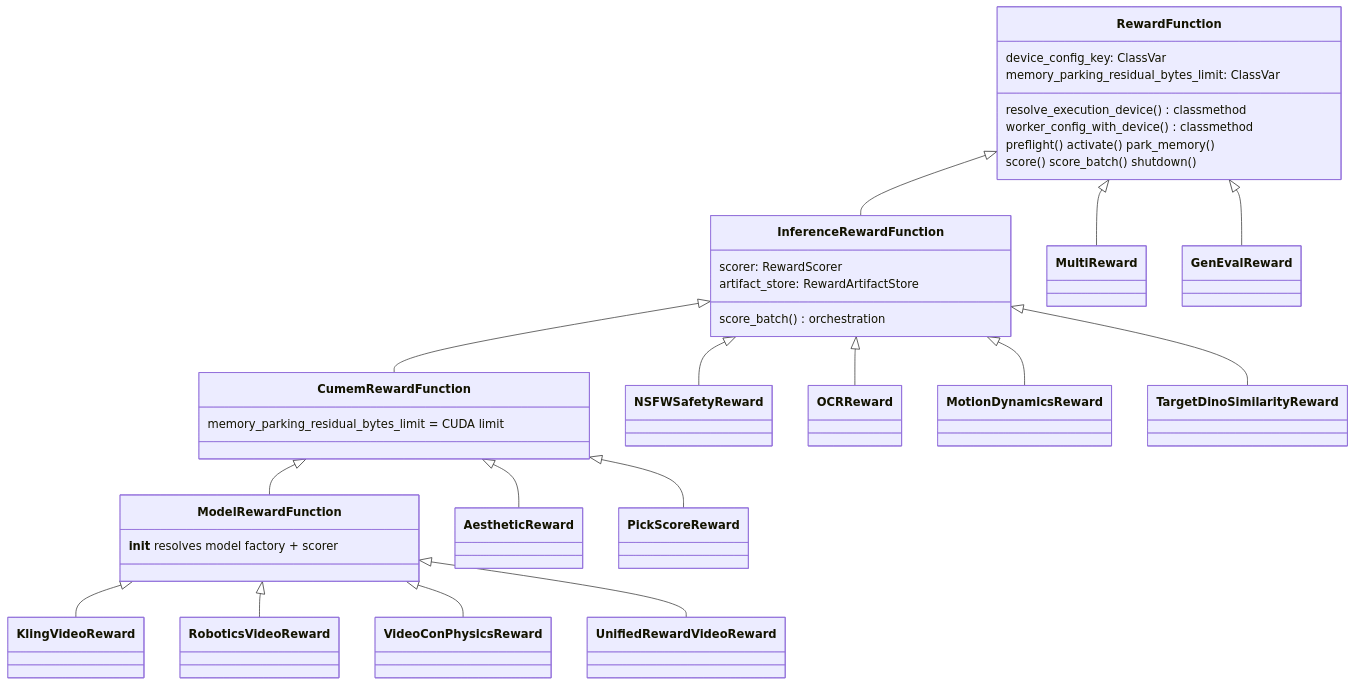
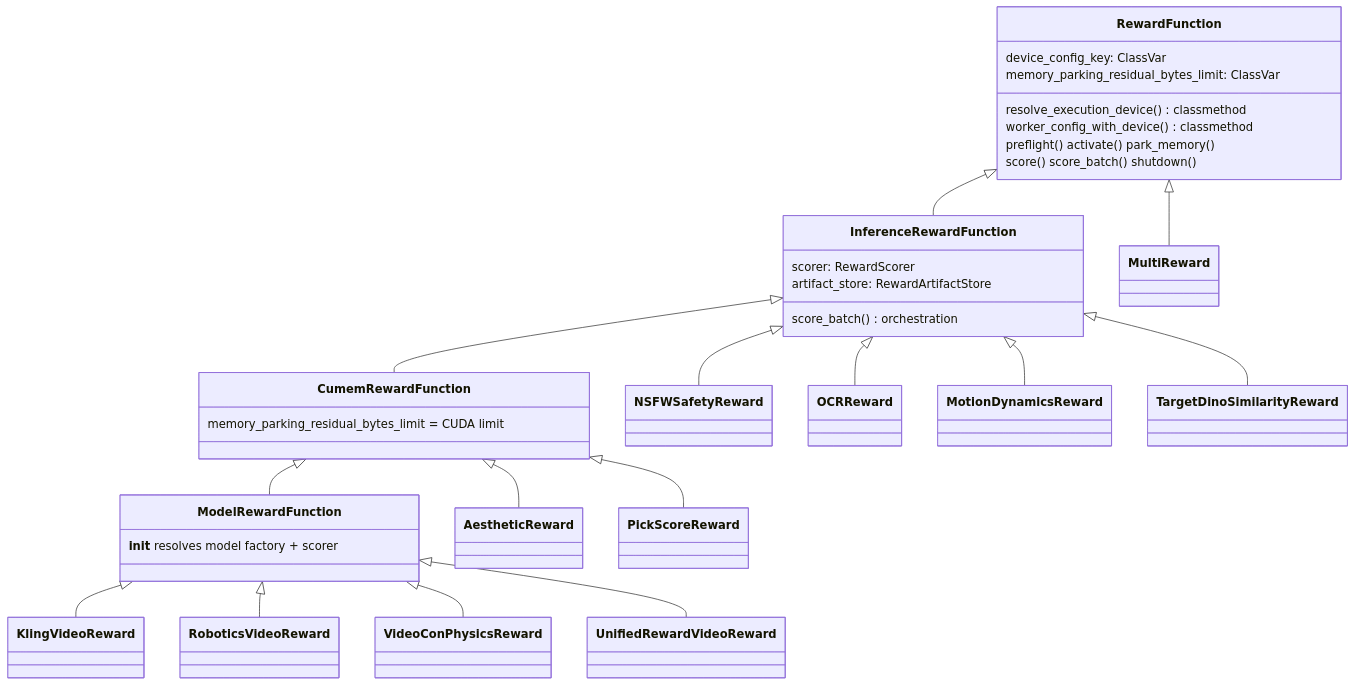
Before and after one commit to guoriyue/VRL: the third of 3 diagrams in docs/ENGINE_ARCHITECTURE.md, drawn with Mermaid. The commit also changed other lines of this file and 17 other files, not shown here.

First line of the commit message:
rewards: remove the GenEval delegator and the IDM action-following reward

````diff
--- a/docs/ENGINE_ARCHITECTURE.md
+++ b/docs/ENGINE_ARCHITECTURE.md
@@ -167,37 +167,36 @@
 ```mermaid
 classDiagram
     class RewardFunction {
         device_config_key: ClassVar
         memory_parking_residual_bytes_limit: ClassVar
         resolve_execution_device() classmethod
         worker_config_with_device() classmethod
         preflight() activate() park_memory()
         score() score_batch() shutdown()
     }
     class InferenceRewardFunction {
         scorer: RewardScorer
         artifact_store: RewardArtifactStore
         score_batch() orchestration
     }
     class CumemRewardFunction {
         memory_parking_residual_bytes_limit = CUDA limit
     }
     class ModelRewardFunction {
         __init__ resolves model factory + scorer
     }
     RewardFunction <|-- InferenceRewardFunction
     InferenceRewardFunction <|-- CumemRewardFunction
     CumemRewardFunction <|-- ModelRewardFunction
     RewardFunction <|-- MultiReward
-    RewardFunction <|-- GenEvalReward
     InferenceRewardFunction <|-- NSFWSafetyReward
     InferenceRewardFunction <|-- OCRReward
     InferenceRewardFunction <|-- MotionDynamicsReward
     InferenceRewardFunction <|-- TargetDinoSimilarityReward
     CumemRewardFunction <|-- AestheticReward
     CumemRewardFunction <|-- PickScoreReward
     ModelRewardFunction <|-- KlingVideoReward
     ModelRewardFunction <|-- RoboticsVideoReward
     ModelRewardFunction <|-- VideoConPhysicsReward
     ModelRewardFunction <|-- UnifiedRewardVideoReward
 ```
````
